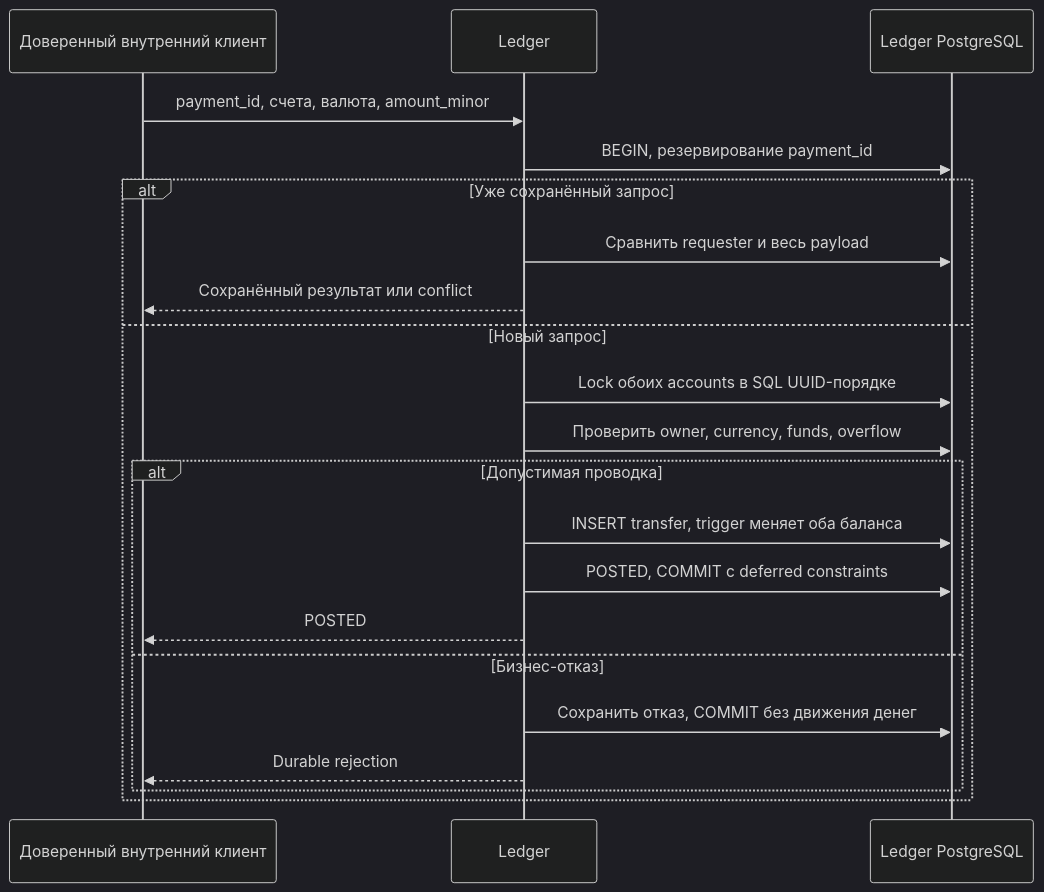
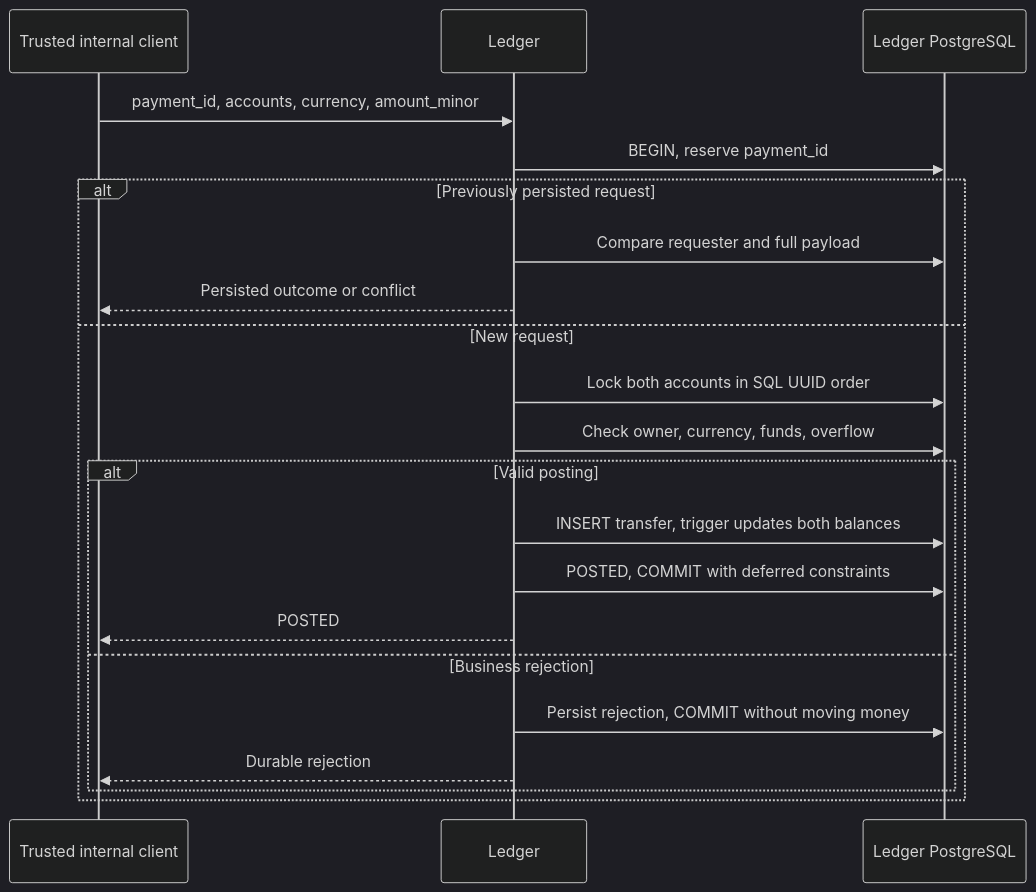
The sixth of 11 diagrams in ARCHITECTURE.md (aarbabaev/ArMoney), drawn with Mermaid (dark theme) before and after one commit. The commit also changed other lines of this file and 6 other files, not shown here.

Commit message:
Use English architecture documentation and neutral product descriptions

````diff
--- a/ARCHITECTURE.md
+++ b/ARCHITECTURE.md
@@ -200,23 +201,23 @@
 ```mermaid
 sequenceDiagram
-    participant C as Доверенный внутренний клиент
+    participant C as Trusted internal client
     participant L as Ledger
     participant DB as Ledger PostgreSQL
-    C->>L: payment_id, счета, валюта, amount_minor
-    L->>DB: BEGIN, резервирование payment_id
-    alt Уже сохранённый запрос
-        L->>DB: Сравнить requester и весь payload
-        L-->>C: Сохранённый результат или conflict
-    else Новый запрос
-        L->>DB: Lock обоих accounts в SQL UUID-порядке
-        L->>DB: Проверить owner, currency, funds, overflow
-        alt Допустимая проводка
-            L->>DB: INSERT transfer, trigger меняет оба баланса
-            L->>DB: POSTED, COMMIT с deferred constraints
+    C->>L: payment_id, accounts, currency, amount_minor
+    L->>DB: BEGIN, reserve payment_id
+    alt Previously persisted request
+        L->>DB: Compare requester and full payload
+        L-->>C: Persisted outcome or conflict
+    else New request
+        L->>DB: Lock both accounts in SQL UUID order
+        L->>DB: Check owner, currency, funds, overflow
+        alt Valid posting
+            L->>DB: INSERT transfer, trigger updates both balances
+            L->>DB: POSTED, COMMIT with deferred constraints
             L-->>C: POSTED
-        else Бизнес-отказ
-            L->>DB: Сохранить отказ, COMMIT без движения денег
+        else Business rejection
+            L->>DB: Persist rejection, COMMIT without moving money
             L-->>C: Durable rejection
         end
     end
 ```
````
